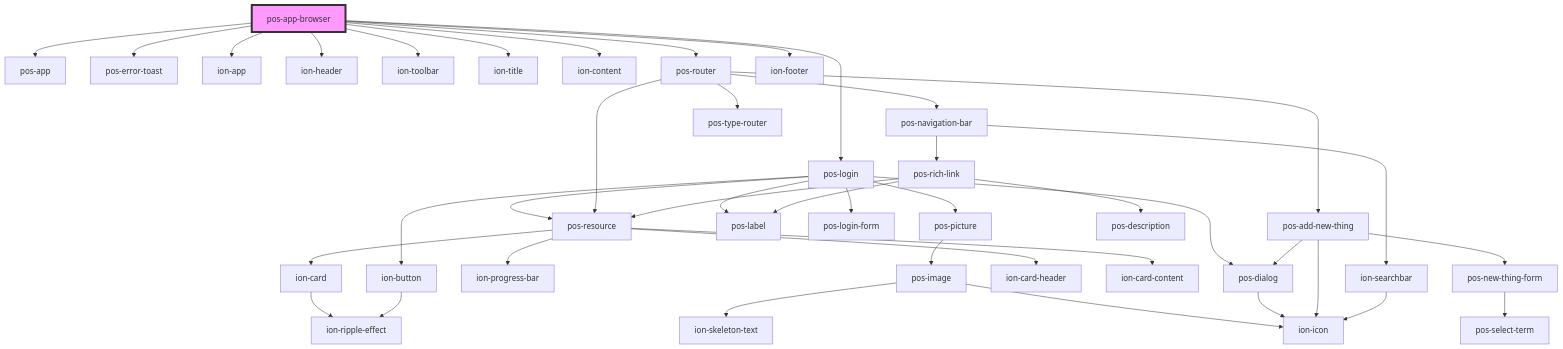
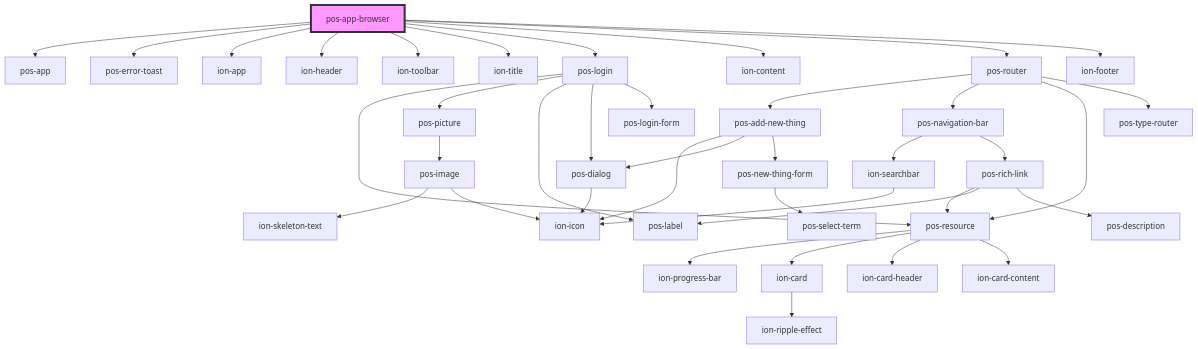
The diagram in docs/elements/apps/pos-app-browser/readme.md (pod-os/PodOS), drawn with Mermaid before and after one commit. The commit also changed 1 other file, not shown here.

Commit message:
docs: update component readmes

````diff
--- a/docs/elements/apps/pos-app-browser/readme.md
+++ b/docs/elements/apps/pos-app-browser/readme.md
@@ -24,44 +24,42 @@
 ```mermaid
 graph TD;
   pos-app-browser --> pos-app
   pos-app-browser --> pos-error-toast
   pos-app-browser --> ion-app
   pos-app-browser --> ion-header
   pos-app-browser --> ion-toolbar
   pos-app-browser --> ion-title
   pos-app-browser --> pos-login
   pos-app-browser --> ion-content
   pos-app-browser --> pos-router
   pos-app-browser --> ion-footer
   pos-login --> pos-resource
   pos-login --> pos-picture
   pos-login --> pos-label
-  pos-login --> ion-button
   pos-login --> pos-dialog
   pos-login --> pos-login-form
   pos-resource --> ion-progress-bar
   pos-resource --> ion-card
   pos-resource --> ion-card-header
   pos-resource --> ion-card-content
   ion-card --> ion-ripple-effect
   pos-picture --> pos-image
   pos-image --> ion-skeleton-text
   pos-image --> ion-icon
-  ion-button --> ion-ripple-effect
   pos-dialog --> ion-icon
   pos-router --> pos-add-new-thing
   pos-router --> pos-navigation-bar
   pos-router --> pos-resource
   pos-router --> pos-type-router
   pos-add-new-thing --> ion-icon
   pos-add-new-thing --> pos-dialog
   pos-add-new-thing --> pos-new-thing-form
   pos-new-thing-form --> pos-select-term
   pos-navigation-bar --> ion-searchbar
   pos-navigation-bar --> pos-rich-link
   ion-searchbar --> ion-icon
   pos-rich-link --> pos-resource
   pos-rich-link --> pos-label
   pos-rich-link --> pos-description
   style pos-app-browser fill:#f9f,stroke:#333,stroke-width:4px
 ```
````
